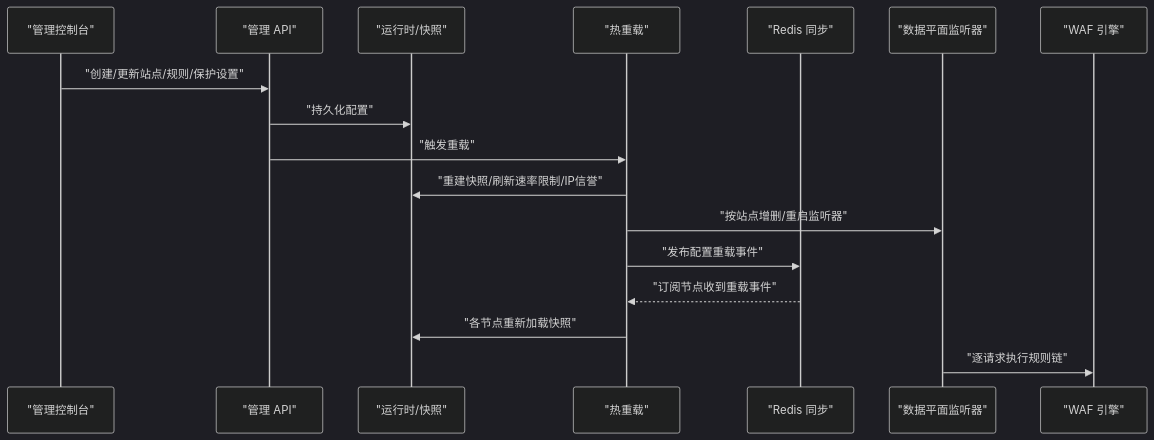
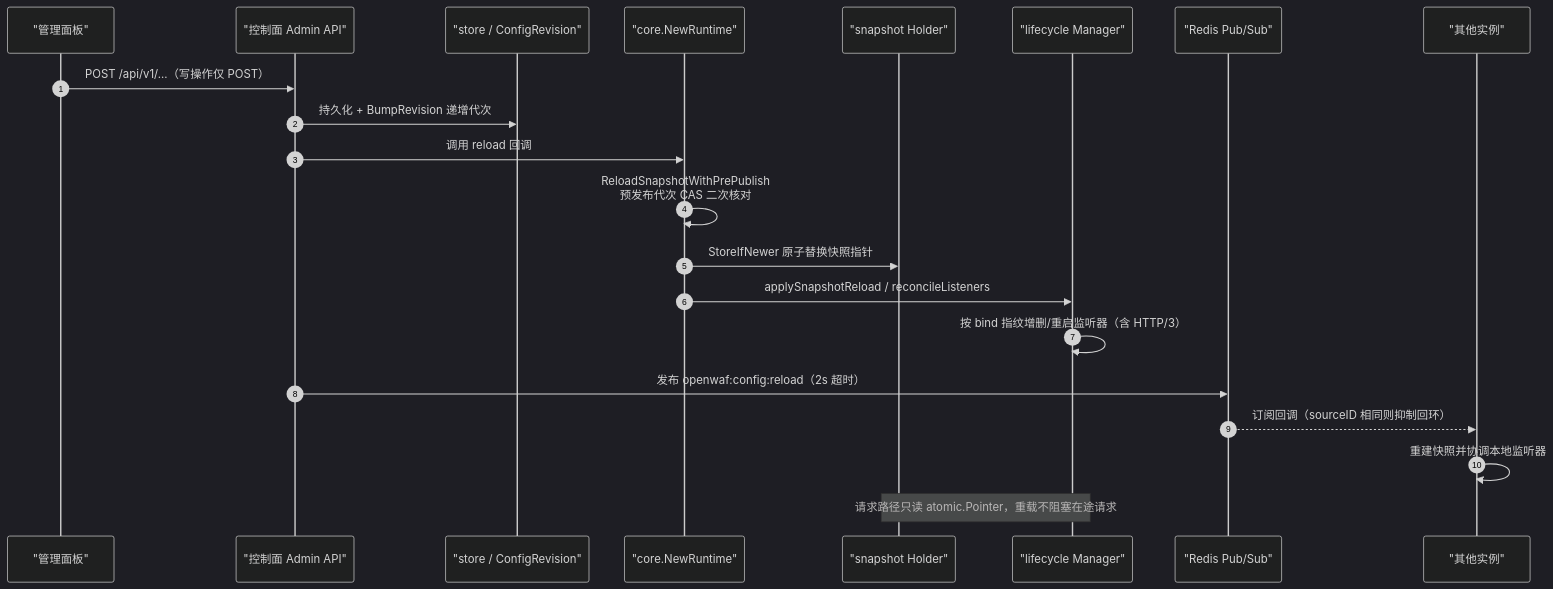
The second of 5 diagrams in docs/项目概述/核心特性.md (x01n/My-OpenWaf), drawn with Mermaid (dark theme) before and after one commit. The commit also changed other lines of this file and 622 other files, not shown here.

````diff
--- a/docs/项目概述/核心特性.md
+++ b/docs/项目概述/核心特性.md
@@ -117,19 +230,23 @@
 ```mermaid
 sequenceDiagram
-participant AdminUI as "管理控制台"
-participant AdminAPI as "管理 API"
-participant Runtime as "运行时/快照"
-participant Reload as "热重载"
-participant Redis as "Redis 同步"
-participant DataPlane as "数据平面监听器"
-participant Engine as "WAF 引擎"
-AdminUI->>AdminAPI : "创建/更新站点/规则/保护设置"
-AdminAPI->>Runtime : "持久化配置"
-AdminAPI->>Reload : "触发重载"
-Reload->>Runtime : "重建快照/刷新速率限制/IP信誉"
-Reload->>DataPlane : "按站点增删/重启监听器"
-Reload->>Redis : "发布配置重载事件"
-Redis-->>Reload : "订阅节点收到重载事件"
-Reload->>Runtime : "各节点重新加载快照"
-DataPlane->>Engine : "逐请求执行规则链"
+  autonumber
+  participant UI as "管理面板"
+  participant API as "控制面 Admin API"
+  participant DB as "store / ConfigRevision"
+  participant CORE as "core.NewRuntime"
+  participant SNAP as "snapshot Holder"
+  participant LM as "lifecycle Manager"
+  participant RDB as "Redis Pub/Sub"
+  participant PEER as "其他实例"
+  UI->>API: POST /api/v1/...（写操作仅 POST）
+  API->>DB: 持久化 + BumpRevision 递增代次
+  API->>CORE: 调用 reload 回调
+  CORE->>CORE: ReloadSnapshotWithPrePublish<br/>预发布代次 CAS 二次核对
+  CORE->>SNAP: StoreIfNewer 原子替换快照指针
+  CORE->>LM: applySnapshotReload / reconcileListeners
+  LM->>LM: 按 bind 指纹增删/重启监听器（含 HTTP/3）
+  API->>RDB: 发布 openwaf:config:reload（2s 超时）
+  RDB-->>PEER: 订阅回调（sourceID 相同则抑制回环）
+  PEER->>PEER: 重建快照并协调本地监听器
+  Note over SNAP,LM: 请求路径只读 atomic.Pointer，重载不阻塞在途请求
 ```
````
